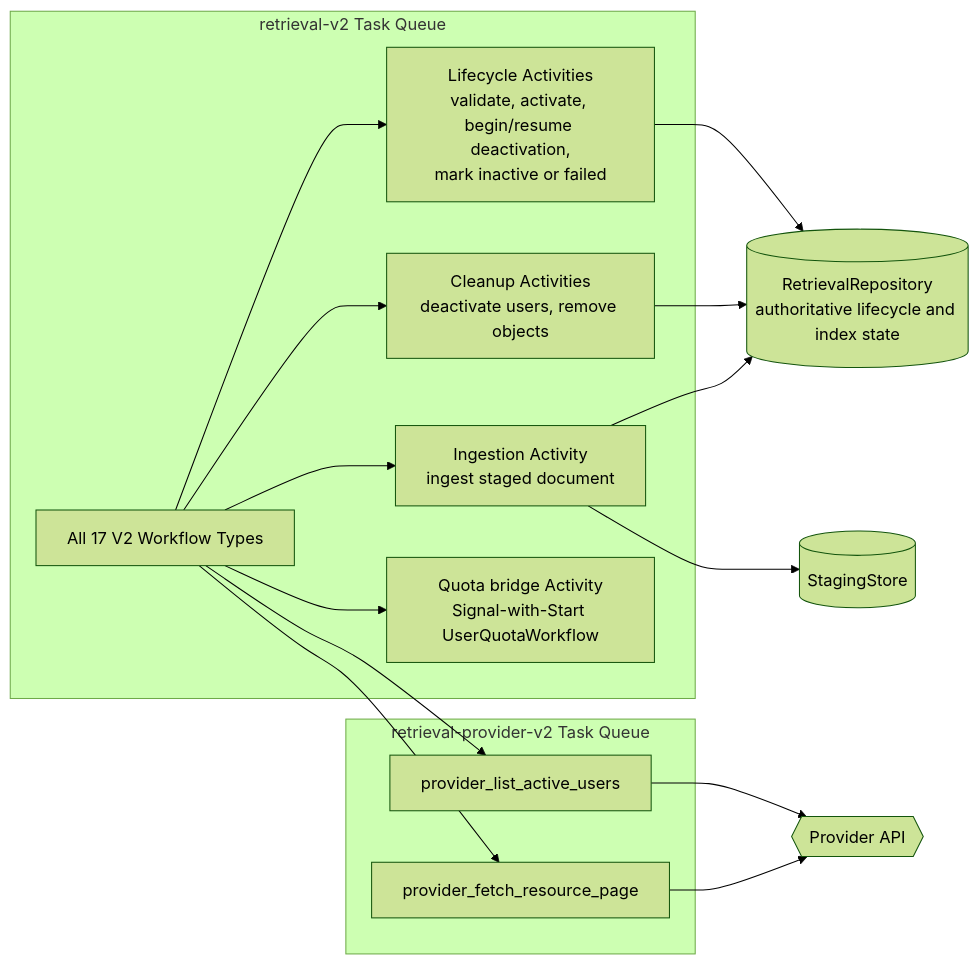
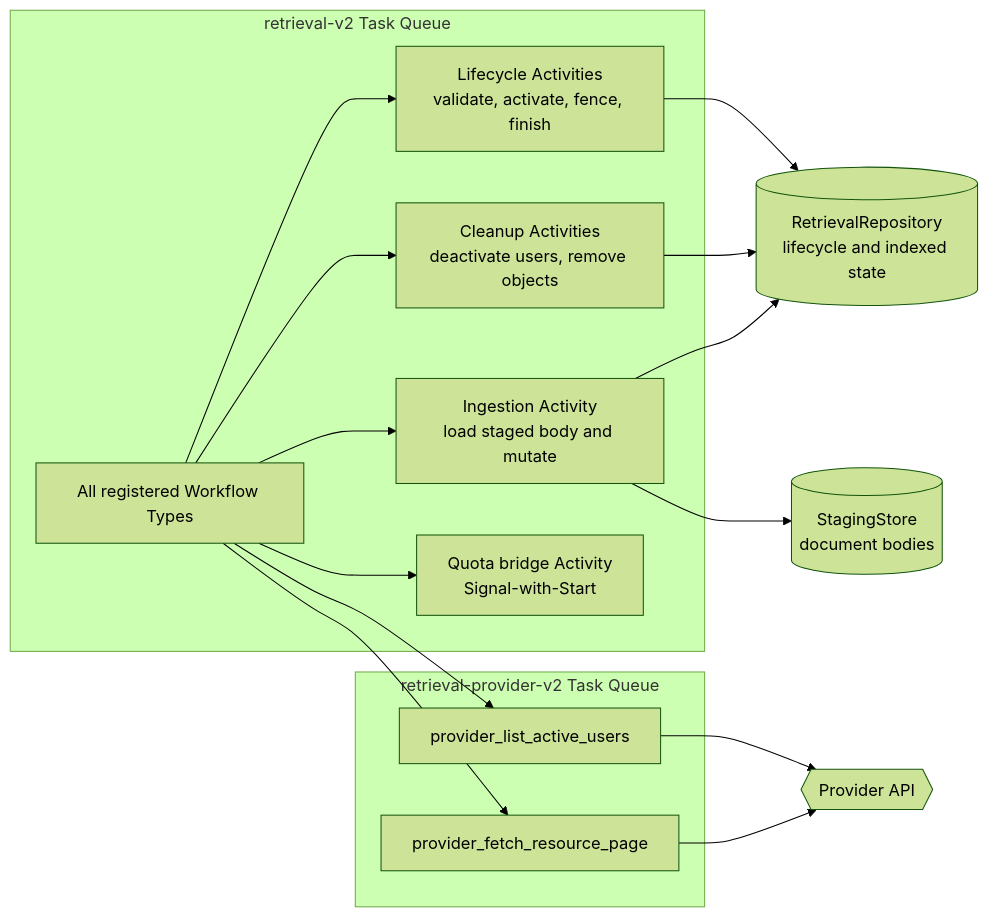
Before and after one commit to temporal-sa/golden-retriever: the third of 6 diagrams in docs/workflow-topology.md, drawn with Mermaid (forest theme). The commit also changed other lines of this file and 42 other files, not shown here.

````diff
--- a/docs/workflow-topology.md
+++ b/docs/workflow-topology.md
@@ -105,33 +119,32 @@
 ```mermaid
 flowchart LR
     subgraph retrievalQueue["retrieval-v2 Task Queue"]
-        workflows["All 17 V2 Workflow Types"]
-        lifecycle["Lifecycle Activities<br/>validate, activate, begin/resume deactivation,<br/>mark inactive or failed"]
+        workflows["All registered Workflow Types"]
+        lifecycle["Lifecycle Activities<br/>validate, activate, fence, finish"]
         cleanup["Cleanup Activities<br/>deactivate users, remove objects"]
-        ingestion["Ingestion Activity<br/>ingest staged document"]
-        quotaBridge["Quota bridge Activity<br/>Signal-with-Start UserQuotaWorkflow"]
+        ingestion["Ingestion Activity<br/>load staged body and mutate"]
+        quotaBridge["Quota bridge Activity<br/>Signal-with-Start"]
     end
 
     subgraph providerQueue["retrieval-provider-v2 Task Queue"]
         listUsers["provider_list_active_users"]
         fetchPage["provider_fetch_resource_page"]
     end
 
-    repository[("RetrievalRepository<br/>authoritative lifecycle and index state")]
-    staging[("StagingStore")]
+    repository[("RetrievalRepository<br/>lifecycle and indexed state")]
+    staging[("StagingStore<br/>document bodies")]
     provider{{"Provider API"}}
 
     workflows --> lifecycle
     workflows --> cleanup
     workflows --> ingestion
     workflows --> quotaBridge
     workflows --> listUsers
     workflows --> fetchPage
-
     lifecycle --> repository
     cleanup --> repository
     ingestion --> repository
     ingestion --> staging
     listUsers --> provider
     fetchPage --> provider
 ```
````
